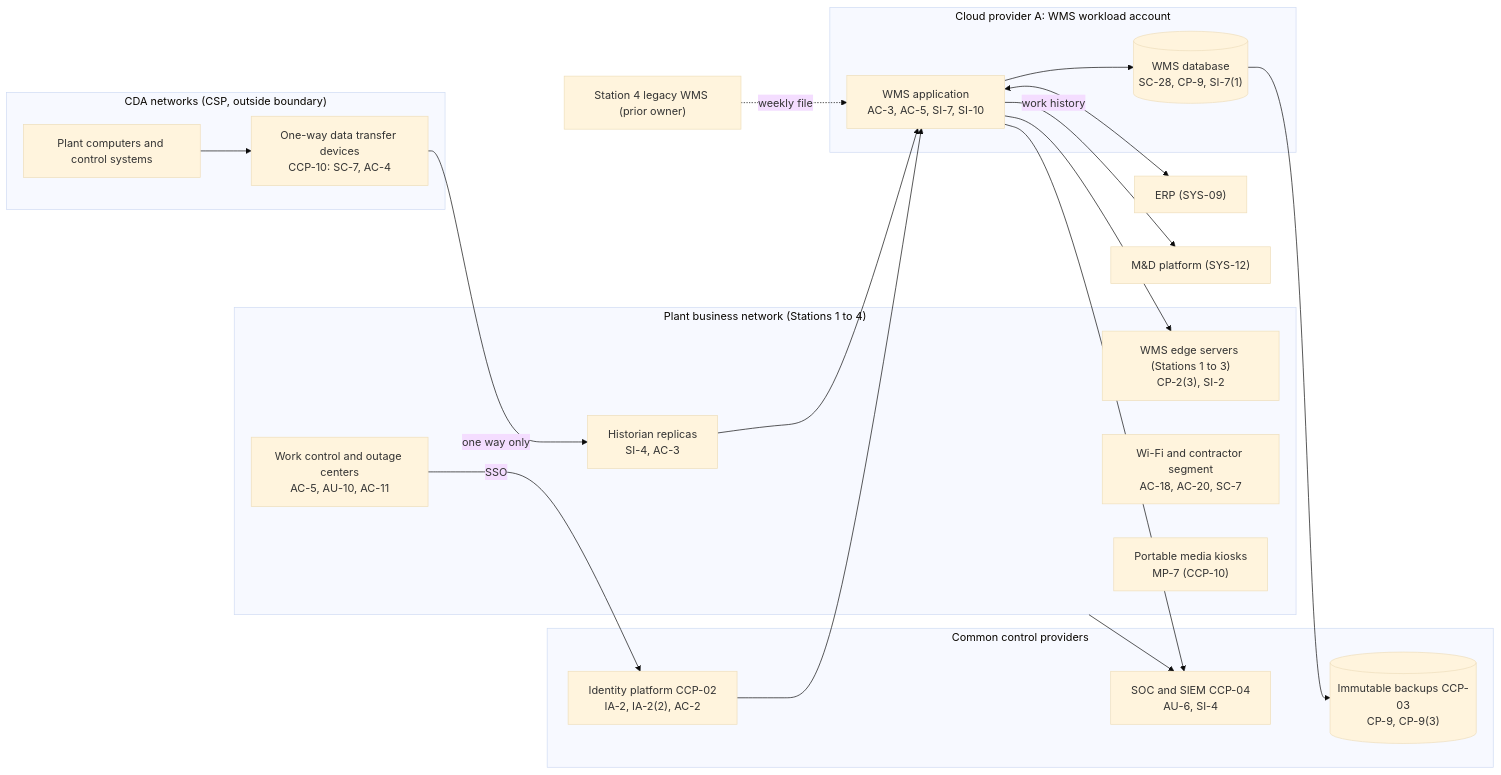
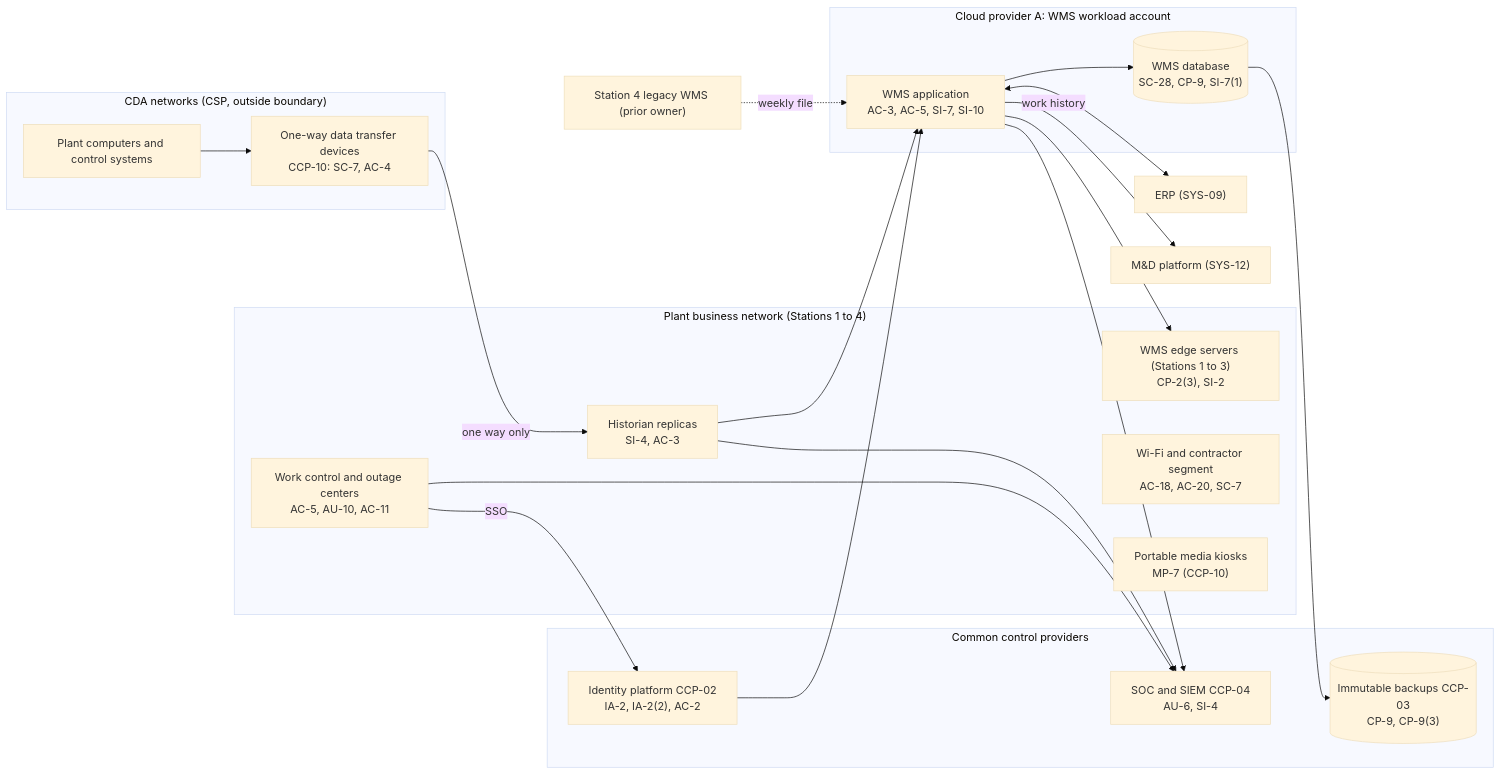
The diagram in 03_company-samples/utilities_nuclear-critical-infrastructure/size-5_enterprise_nuclear-power-plant/step-02_P02_system-security-plan/system-security-plan.md (saint1415/GRC_Projects), drawn with Mermaid (base theme) before and after one commit. The commit also changed 90 other files, not shown here.

````diff
--- a/03_company-samples/utilities_nuclear-critical-infrastructure/size-5_enterprise_nuclear-power-plant/step-02_P02_system-security-plan/system-security-plan.md
+++ b/03_company-samples/utilities_nuclear-critical-infrastructure/size-5_enterprise_nuclear-power-plant/step-02_P02_system-security-plan/system-security-plan.md
@@ -86,33 +86,34 @@
 ```mermaid
 flowchart LR
   subgraph CDA["CDA networks (CSP, outside boundary)"]
     PPC["Plant computers and control systems"]
     OWD["One-way data transfer devices<br/>CCP-10: SC-7, AC-4"]
   end
   subgraph ST["Plant business network (Stations 1 to 4)"]
     HR["Historian replicas<br/>SI-4, AC-3"]
     WCC["Work control and outage centers<br/>AC-5, AU-10, AC-11"]
     EDGE["WMS edge servers (Stations 1 to 3)<br/>CP-2(3), SI-2"]
     WIFI["Wi-Fi and contractor segment<br/>AC-18, AC-20, SC-7"]
     KIOSK["Portable media kiosks<br/>MP-7 (CCP-10)"]
   end
   subgraph CLA["Cloud provider A: WMS workload account"]
     WMS["WMS application<br/>AC-3, AC-5, SI-7, SI-10"]
     DB[("WMS database<br/>SC-28, CP-9, SI-7(1)")]
   end
   subgraph CCP["Common control providers"]
     IDP["Identity platform CCP-02<br/>IA-2, IA-2(2), AC-2"]
     SIEM["SOC and SIEM CCP-04<br/>AU-6, SI-4"]
     BK[("Immutable backups CCP-03<br/>CP-9, CP-9(3)")]
   end
   PPC --> OWD -->|one way only| HR
   WCC -->|SSO| IDP --> WMS
   WMS --> DB --> BK
   WMS --> EDGE
   HR --> WMS
   WMS --> SIEM
-  ST --> SIEM
+  WCC --> SIEM
+  HR --> SIEM
   WMS <--> ERP["ERP (SYS-09)"]
   WMS -->|work history| MD["M&D platform (SYS-12)"]
   S4["Station 4 legacy WMS (prior owner)"] -. weekly file .-> WMS
 ```
````
